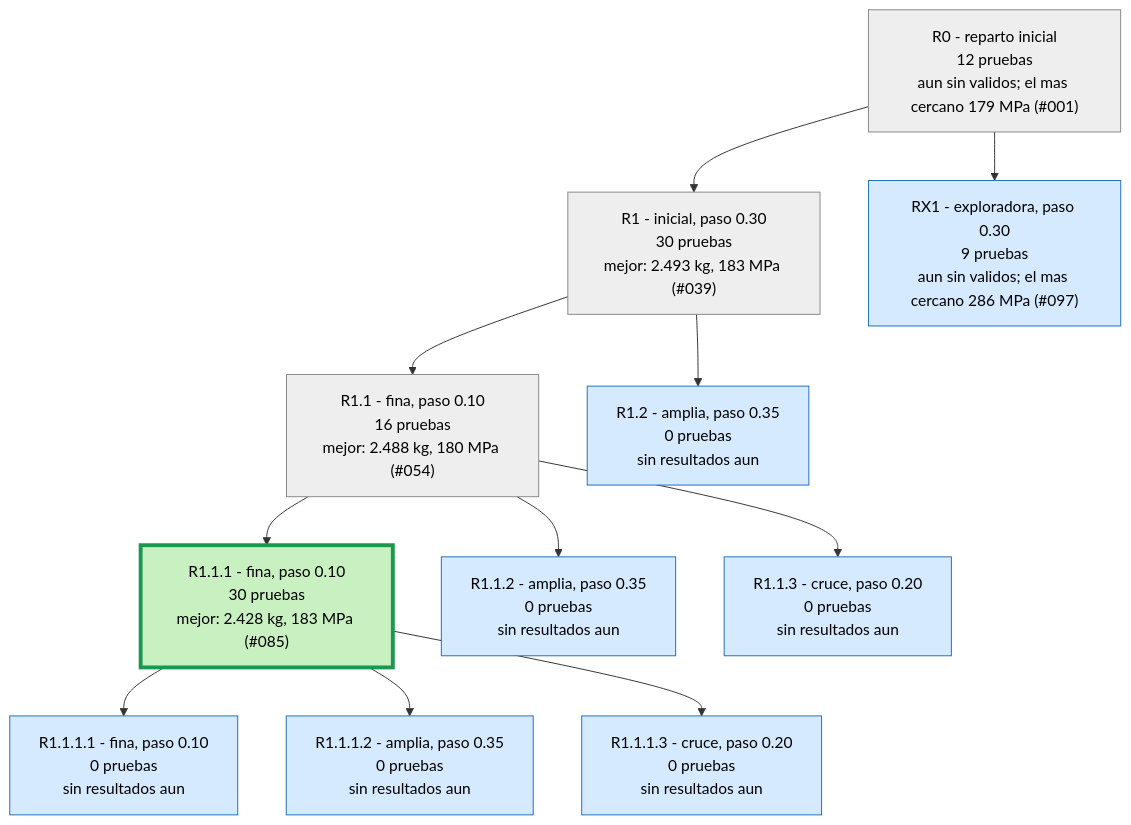
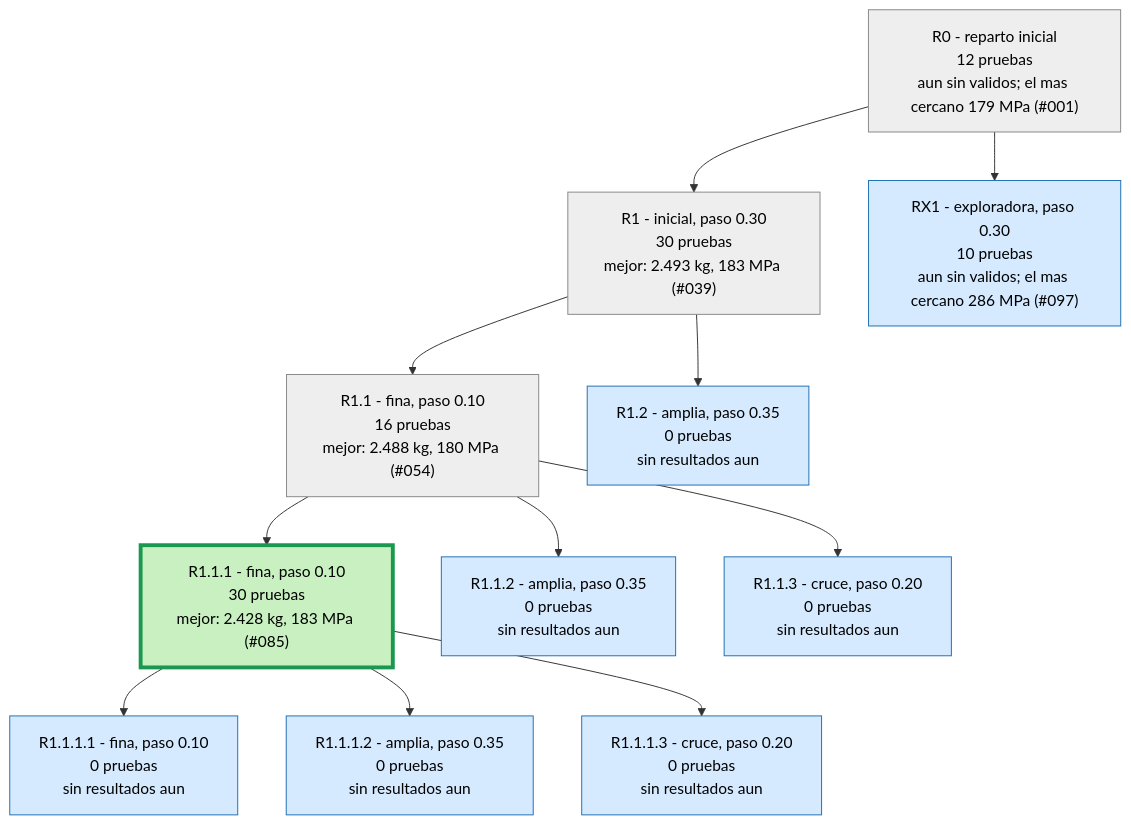
One commit to Hugiko/msd-soporte-optimizacion changed the second of 3 diagrams in runs/opt_37800N/ARBOL.md. Above: the diagram before and after it, drawn with Mermaid. The commit also changed 19 other files, not shown here.

````diff
--- a/runs/opt_37800N/ARBOL.md
+++ b/runs/opt_37800N/ARBOL.md
@@ -25,27 +25,27 @@
 ```mermaid
 graph TD
 classDef activa fill:#d6eaff,stroke:#1f6fb5,color:#000
 classDef fin fill:#eeeeee,stroke:#888,color:#000
 classDef mejor fill:#c8f0c0,stroke:#1a9850,stroke-width:4px,color:#000
 R0["R0 - reparto inicial<br/>12 pruebas<br/>aun sin validos; el mas cercano 179 MPa (#001)"]:::fin
 R1["R1 - inicial, paso 0.30<br/>30 pruebas<br/>mejor: 2.493 kg, 183 MPa (#039)"]:::fin
 R0 --> R1
 R1_1["R1.1 - fina, paso 0.10<br/>16 pruebas<br/>mejor: 2.488 kg, 180 MPa (#054)"]:::fin
 R1 --> R1_1
 R1_2["R1.2 - amplia, paso 0.35<br/>0 pruebas<br/>sin resultados aun"]:::activa
 R1 --> R1_2
 R1_1_1["R1.1.1 - fina, paso 0.10<br/>30 pruebas<br/>mejor: 2.428 kg, 183 MPa (#085)"]:::mejor
 R1_1 --> R1_1_1
 R1_1_2["R1.1.2 - amplia, paso 0.35<br/>0 pruebas<br/>sin resultados aun"]:::activa
 R1_1 --> R1_1_2
 R1_1_3["R1.1.3 - cruce, paso 0.20<br/>0 pruebas<br/>sin resultados aun"]:::activa
 R1_1 --> R1_1_3
 R1_1_1_1["R1.1.1.1 - fina, paso 0.10<br/>0 pruebas<br/>sin resultados aun"]:::activa
 R1_1_1 --> R1_1_1_1
 R1_1_1_2["R1.1.1.2 - amplia, paso 0.35<br/>0 pruebas<br/>sin resultados aun"]:::activa
 R1_1_1 --> R1_1_1_2
 R1_1_1_3["R1.1.1.3 - cruce, paso 0.20<br/>0 pruebas<br/>sin resultados aun"]:::activa
 R1_1_1 --> R1_1_1_3
-RX1["RX1 - exploradora, paso 0.30<br/>9 pruebas<br/>aun sin validos; el mas cercano 286 MPa (#097)"]:::activa
+RX1["RX1 - exploradora, paso 0.30<br/>10 pruebas<br/>aun sin validos; el mas cercano 286 MPa (#097)"]:::activa
 R0 --> RX1
 ```
````
